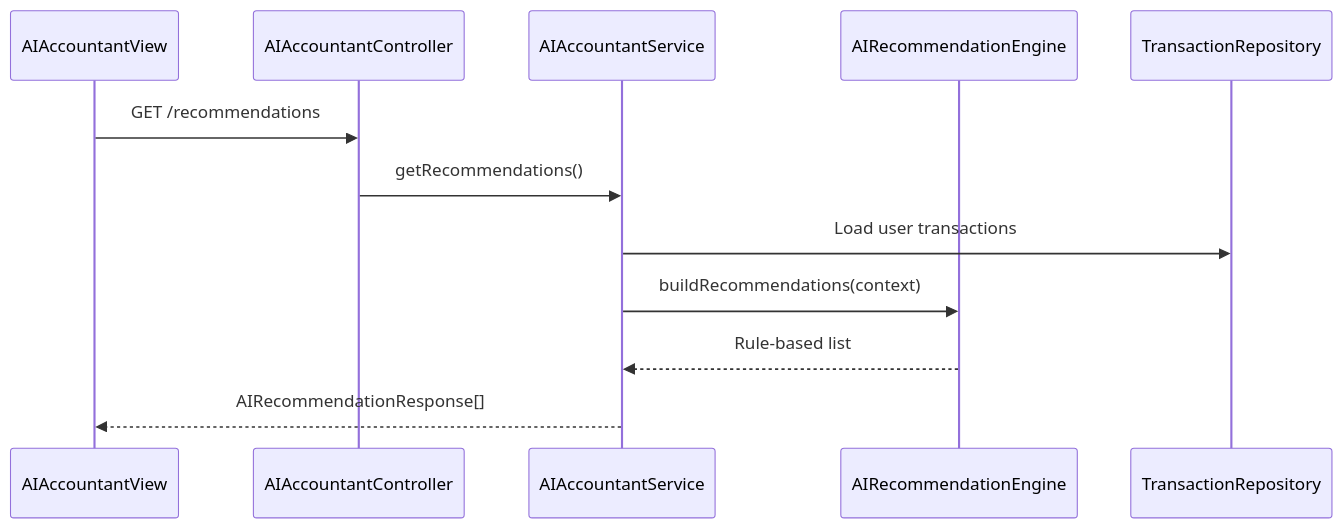
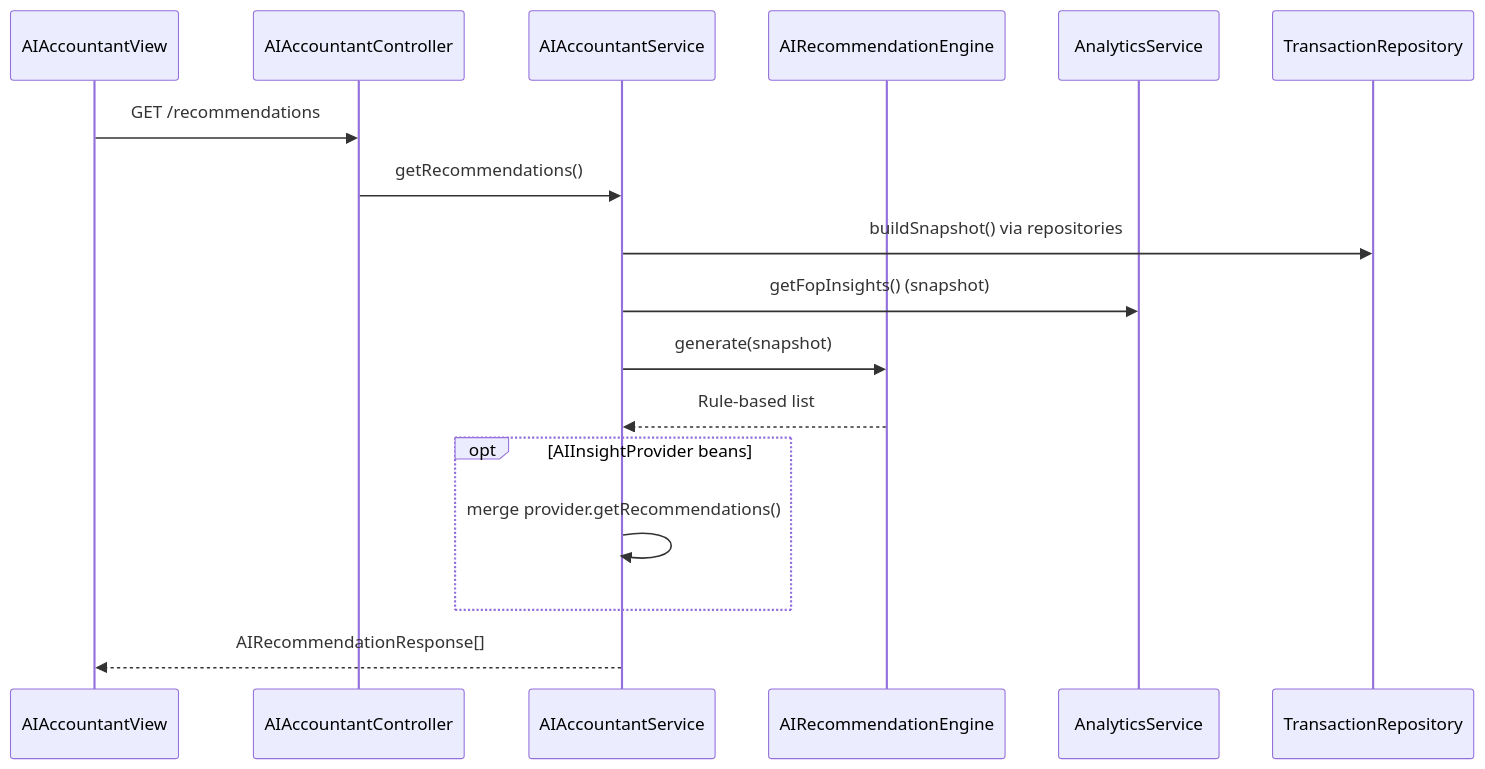
One commit to YevheniiaDem/flowiq-backend changed the second of 2 diagrams in docs/architecture/ai-architecture.md. Above: the diagram before and after it, drawn with Mermaid. The commit also changed other lines of this file and 30 other files, not shown here.

First line of the commit message:
docs: align AI documentation with code and expand architecture docs

````diff
--- a/docs/architecture/ai-architecture.md
+++ b/docs/architecture/ai-architecture.md
@@ -63,15 +100,20 @@
 ```mermaid
 sequenceDiagram
     participant UI as AIAccountantView
     participant API as AIAccountantController
     participant SVC as AIAccountantService
     participant ENG as AIRecommendationEngine
+    participant AN as AnalyticsService
     participant TR as TransactionRepository
 
     UI->>API: GET /recommendations
     API->>SVC: getRecommendations()
-    SVC->>TR: Load user transactions
-    SVC->>ENG: buildRecommendations(context)
+    SVC->>TR: buildSnapshot() via repositories
+    SVC->>AN: getFopInsights() (snapshot)
+    SVC->>ENG: generate(snapshot)
     ENG-->>SVC: Rule-based list
+    opt AIInsightProvider beans
+        SVC->>SVC: merge provider.getRecommendations()
+    end
     SVC-->>UI: AIRecommendationResponse[]
 ```
````
